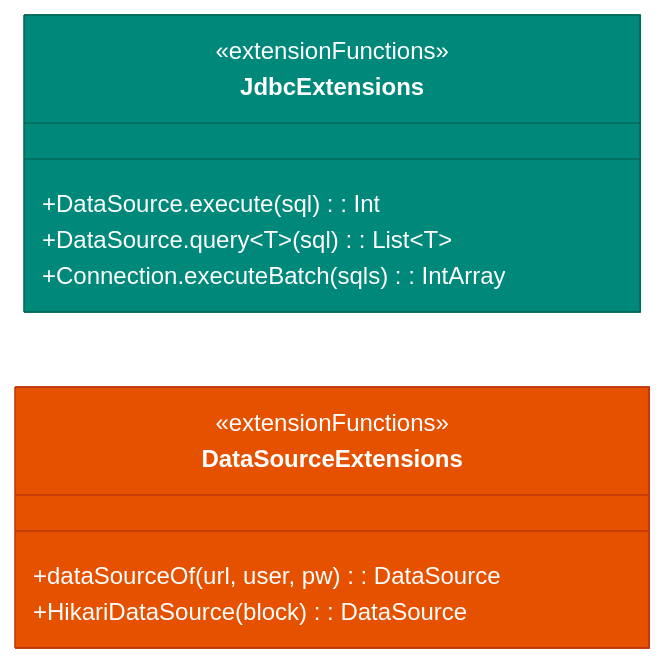
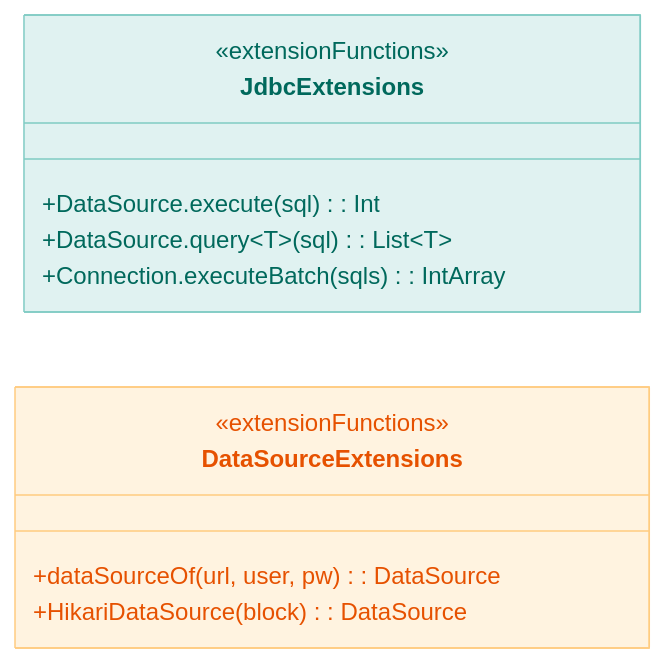
One commit to bluetape4k/bluetape4k-projects changed the first of 3 diagrams in data/jdbc/README.ko.md. Above: the diagram before and after it, drawn with Mermaid. The commit also changed other lines of this file and 219 other files, not shown here.

First line of the commit message:
docs: 전체 README Mermaid 다이어그램 가이드 적용

````diff
--- a/data/jdbc/README.ko.md
+++ b/data/jdbc/README.ko.md
@@ -480,18 +480,18 @@
 ```mermaid
 classDiagram
     direction LR
     class JdbcExtensions {
         <<extensionFunctions>>
         +DataSource.execute(sql): Int
         +DataSource.query~T~(sql): List~T~
         +Connection.executeBatch(sqls): IntArray
     }
     class DataSourceExtensions {
         <<extensionFunctions>>
         +dataSourceOf(url, user, pw): DataSource
         +HikariDataSource(block): DataSource
     }
 
-    style JdbcExtensions fill:#00897B,stroke:#00695C,color:#FFFFFF
-    style DataSourceExtensions fill:#E65100,stroke:#BF360C,color:#FFFFFF
+    style JdbcExtensions fill:#E0F2F1,stroke:#80CBC4,color:#00695C
+    style DataSourceExtensions fill:#FFF3E0,stroke:#FFCC80,color:#E65100
 ```
````
